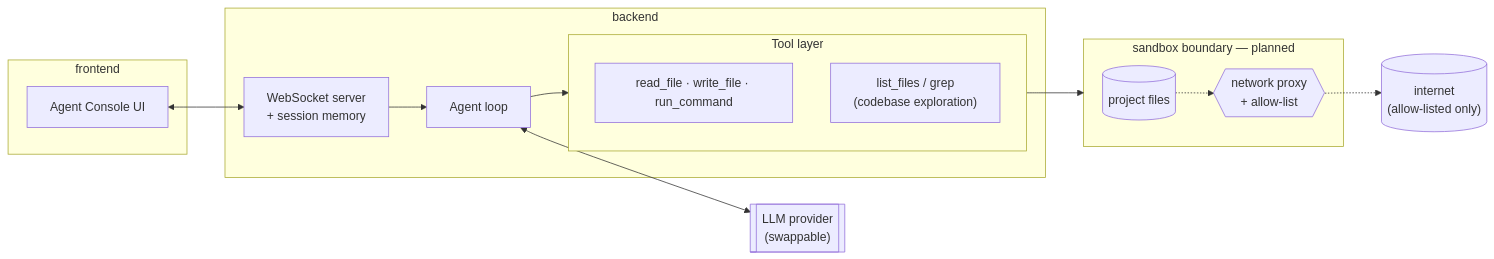
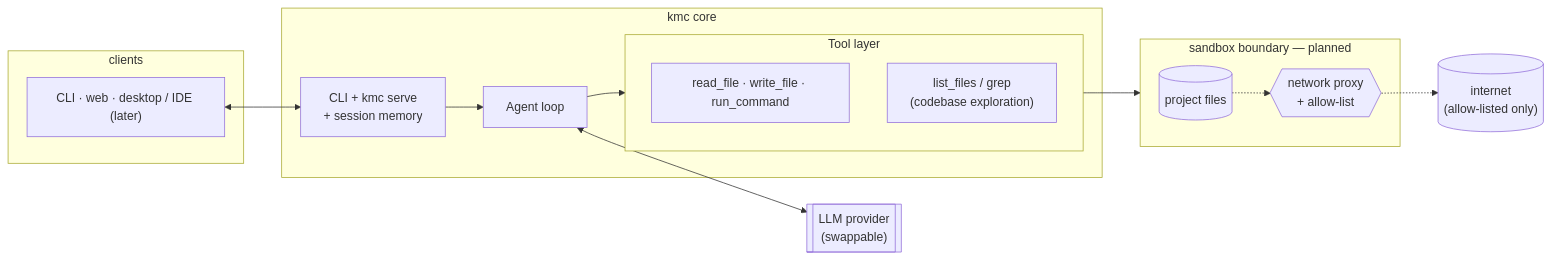
Before and after one commit to halilxibrahim/kmc-code: the second of 2 diagrams in README.md, drawn with Mermaid. The commit also changed other lines of this file and 17 other files, not shown here.

First line of the commit message:
feat: make the CLI the core interface (kmc)

````diff
--- a/README.md
+++ b/README.md
@@ -109,31 +135,31 @@
 ```mermaid
 flowchart LR
-    subgraph Client["frontend"]
-        UI["Agent Console UI"]
+    subgraph Client["clients"]
+        UI["CLI · web · desktop / IDE (later)"]
     end
 
-    subgraph Server["backend"]
-        WS["WebSocket server\n+ session memory"]
+    subgraph Server["kmc core"]
+        WS["CLI + kmc serve\n+ session memory"]
         Loop["Agent loop"]
         subgraph ToolLayer["Tool layer"]
             RW["read_file · write_file · run_command"]
             Explore["list_files / grep\n(codebase exploration)"]
         end
     end
 
     subgraph SandboxBoundary["sandbox boundary — planned"]
         Files[("project files")]
         Proxy{{"network proxy\n+ allow-list"}}
     end
 
     Provider[["LLM provider\n(swappable)"]]
     Net[("internet\n(allow-listed only)")]
 
     UI <--> WS
     WS --> Loop
     Loop <--> Provider
     Loop --> ToolLayer
     ToolLayer --> SandboxBoundary
     Files -.-> Proxy
     Proxy -.-> Net
 ```
````
